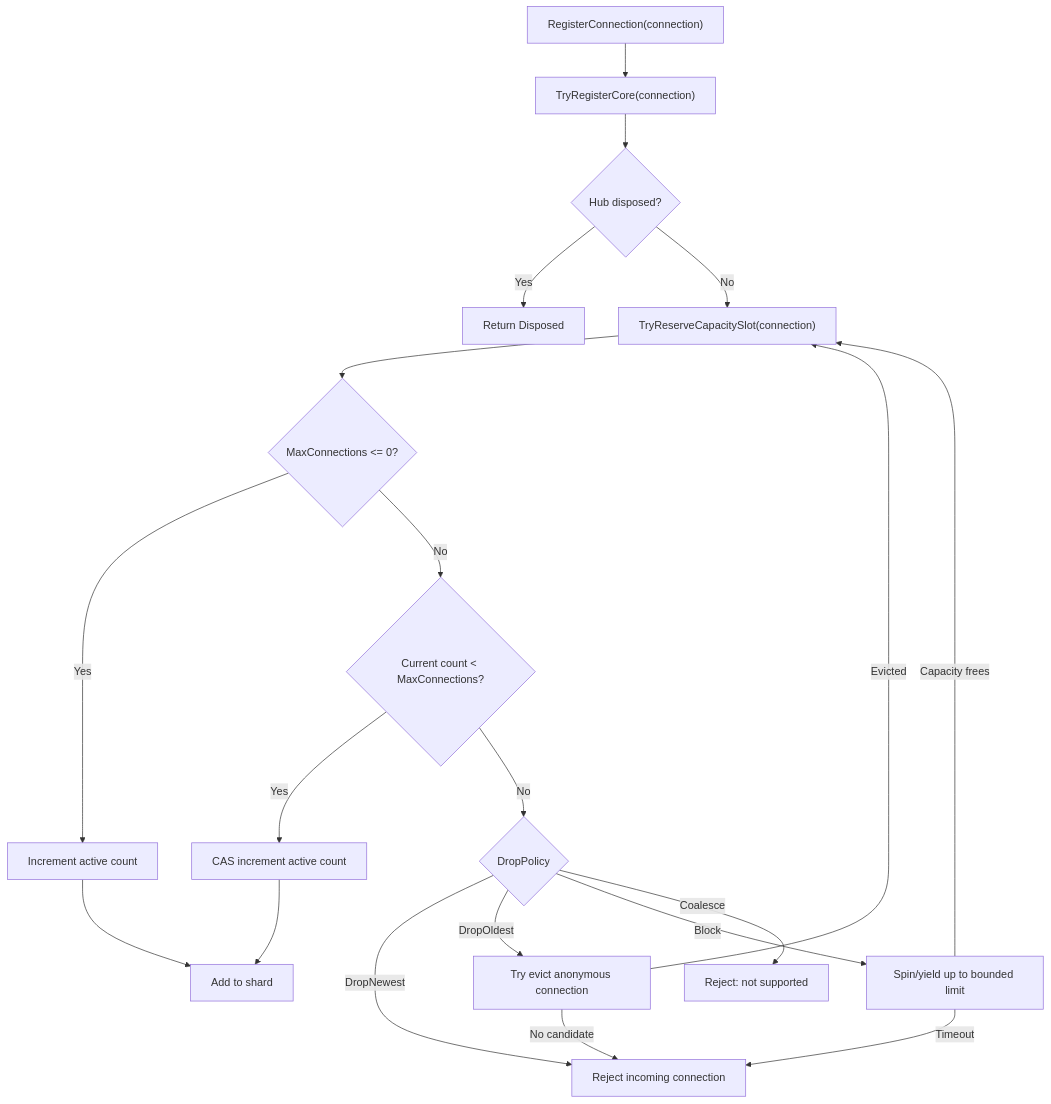
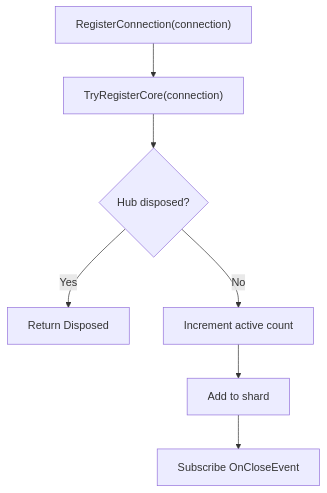
The diagram in docs/api/options/network/connection-hub-options.md (ppn-systems/Nalix), drawn with Mermaid before and after one commit. The commit also changed other lines of this file and 524 other files, not shown here.

````diff
--- a/docs/api/options/network/connection-hub-options.md
+++ b/docs/api/options/network/connection-hub-options.md
@@ -58,22 +50,9 @@
 ```mermaid
 flowchart TD
     A["RegisterConnection(connection)"] --> B["TryRegisterCore(connection)"]
     B --> C{"Hub disposed?"}
     C -->|Yes| X["Return Disposed"]
-    C -->|No| D["TryReserveCapacitySlot(connection)"]
-    D --> E{"MaxConnections <= 0?"}
-    E -->|Yes| F["Increment active count"]
-    E -->|No| G{"Current count < MaxConnections?"}
-    G -->|Yes| H["CAS increment active count"]
-    G -->|No| I{"DropPolicy"}
-    I -->|DropNewest| J["Reject incoming connection"]
-    I -->|DropOldest| K["Try evict anonymous connection"]
-    I -->|Block| L["Spin/yield up to bounded limit"]
-    I -->|Coalesce| M["Reject: not supported"]
-    F --> N["Add to shard"]
-    H --> N
-    K -->|Evicted| D
-    K -->|No candidate| J
-    L -->|Capacity frees| D
-    L -->|Timeout| J
+    C -->|No| D["Increment active count"]
+    D --> N["Add to shard"]
+    N --> O["Subscribe OnCloseEvent"]
 ```
````
